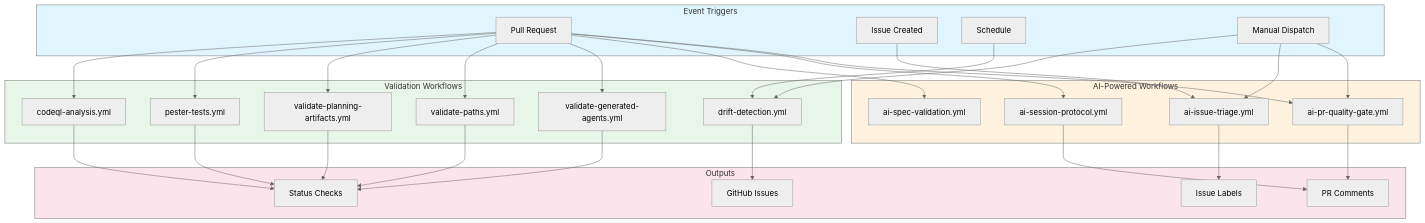
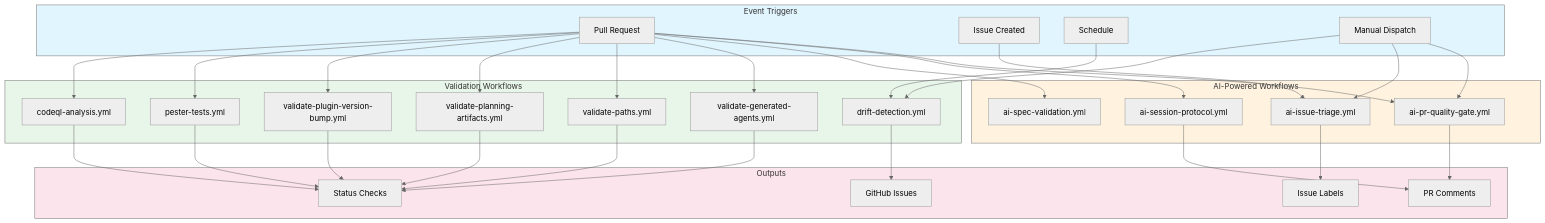
The first of 7 diagrams in .github/AGENTS.md (rjmurillo/ai-agents), drawn with Mermaid (neutral theme) before and after one commit. The commit also changed other lines of this file and 20 other files, not shown here.

Commit message:
feat(validation): gate plugin.json version bumps on plugin source changes (#2120)

````diff
--- a/.github/AGENTS.md
+++ b/.github/AGENTS.md
@@ -11,64 +11,67 @@
 ```mermaid
 flowchart TD
     subgraph Triggers["Event Triggers"]
         PR[Pull Request]
         ISS[Issue Created]
         SCH[Schedule]
         MAN[Manual Dispatch]
     end
 
     subgraph AIWorkflows["AI-Powered Workflows"]
         QG[ai-pr-quality-gate.yml]
         IT[ai-issue-triage.yml]
         SP[ai-session-protocol.yml]
         SV[ai-spec-validation.yml]
     end
 
     subgraph ValidationWorkflows["Validation Workflows"]
         DD[drift-detection.yml]
         VG[validate-generated-agents.yml]
         VP[validate-paths.yml]
         VPA[validate-planning-artifacts.yml]
+        VPV[validate-plugin-version-bump.yml]
         PT[pester-tests.yml]
         CQ[codeql-analysis.yml]
     end
 
     subgraph Outputs["Outputs"]
         CMT[PR Comments]
         LBL[Issue Labels]
         ISS2[GitHub Issues]
         CHK[Status Checks]
     end
 
     PR --> QG
     PR --> SP
     PR --> SV
     PR --> VG
     PR --> VP
     PR --> VPA
+    PR --> VPV
     PR --> PT
     PR --> CQ
 
     ISS --> IT
 
     SCH --> DD
 
     MAN --> QG
     MAN --> IT
     MAN --> DD
 
     QG --> CMT
     IT --> LBL
     SP --> CMT
     DD --> ISS2
     VG --> CHK
     VP --> CHK
     VPA --> CHK
+    VPV --> CHK
     PT --> CHK
     CQ --> CHK
 
     style Triggers fill:#e1f5fe
     style AIWorkflows fill:#fff3e0
     style ValidationWorkflows fill:#e8f5e9
     style Outputs fill:#fce4ec
 ```
````
